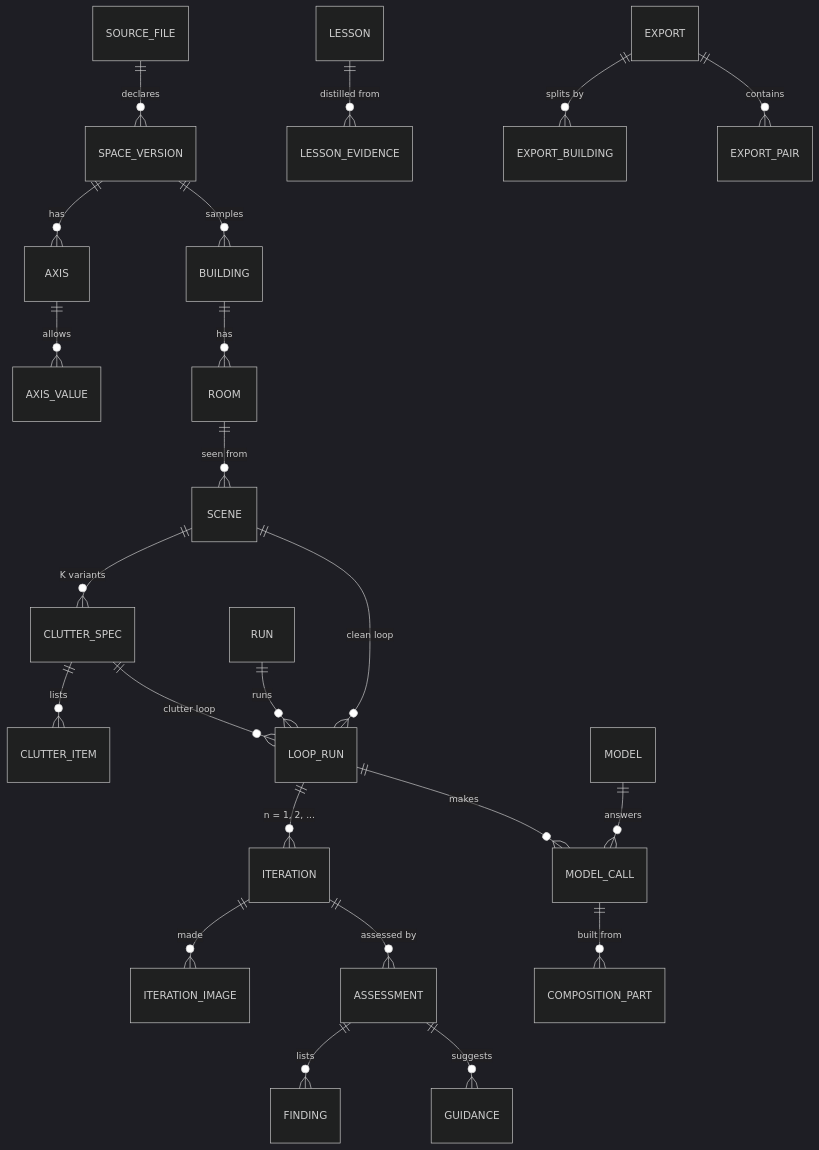
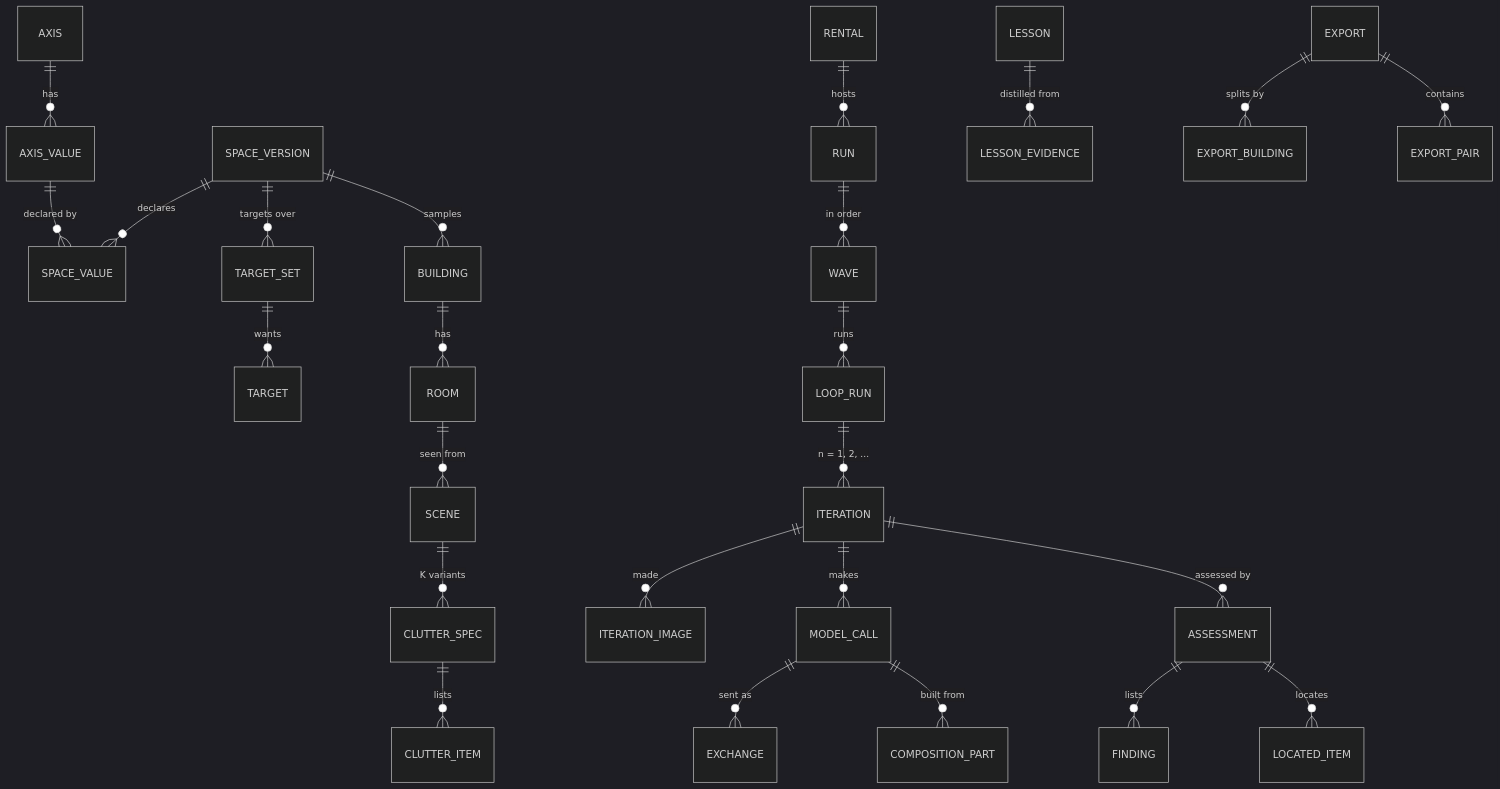
Before and after one commit to intent-graph/ai_tooling: the diagram in clutter_pairs/design/data_model.md, drawn with Mermaid (dark theme). The commit also changed other lines of this file and 10 other files, not shown here.

````diff
--- a/clutter_pairs/design/data_model.md
+++ b/clutter_pairs/design/data_model.md
@@ -50,25 +53,27 @@
 ```mermaid
 erDiagram
-  SOURCE_FILE ||--o{ SPACE_VERSION : declares
-  SPACE_VERSION ||--o{ AXIS : has
-  AXIS ||--o{ AXIS_VALUE : allows
+  SPACE_VERSION ||--o{ SPACE_VALUE : declares
+  AXIS ||--o{ AXIS_VALUE : has
+  AXIS_VALUE ||--o{ SPACE_VALUE : "declared by"
+  SPACE_VERSION ||--o{ TARGET_SET : "targets over"
+  TARGET_SET ||--o{ TARGET : wants
   SPACE_VERSION ||--o{ BUILDING : samples
   BUILDING ||--o{ ROOM : has
   ROOM ||--o{ SCENE : "seen from"
   SCENE ||--o{ CLUTTER_SPEC : "K variants"
   CLUTTER_SPEC ||--o{ CLUTTER_ITEM : lists
-  RUN ||--o{ LOOP_RUN : runs
-  SCENE ||--o{ LOOP_RUN : "clean loop"
-  CLUTTER_SPEC ||--o{ LOOP_RUN : "clutter loop"
+  RENTAL ||--o{ RUN : hosts
+  RUN ||--o{ WAVE : "in order"
+  WAVE ||--o{ LOOP_RUN : runs
   LOOP_RUN ||--o{ ITERATION : "n = 1, 2, ..."
   ITERATION ||--o{ ITERATION_IMAGE : made
-  LOOP_RUN ||--o{ MODEL_CALL : makes
-  MODEL ||--o{ MODEL_CALL : answers
+  ITERATION ||--o{ MODEL_CALL : makes
+  MODEL_CALL ||--o{ EXCHANGE : "sent as"
   MODEL_CALL ||--o{ COMPOSITION_PART : "built from"
   ITERATION ||--o{ ASSESSMENT : "assessed by"
   ASSESSMENT ||--o{ FINDING : lists
-  ASSESSMENT ||--o{ GUIDANCE : suggests
+  ASSESSMENT ||--o{ LOCATED_ITEM : locates
   LESSON ||--o{ LESSON_EVIDENCE : "distilled from"
   EXPORT ||--o{ EXPORT_BUILDING : "splits by"
   EXPORT ||--o{ EXPORT_PAIR : contains
 ```
````
